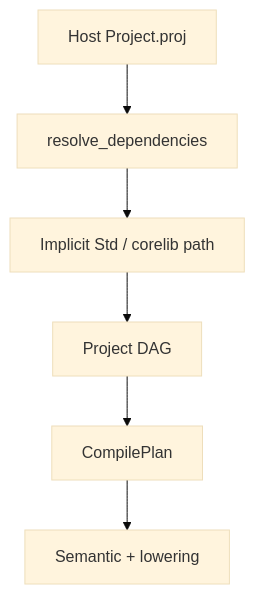
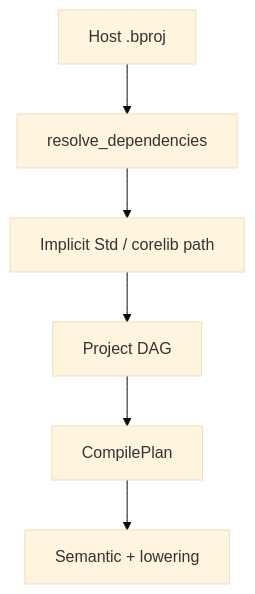
One commit to Cyber-Nomad-Collective/beskid changed the diagram in site/website/src/content/docs/platform-spec/core-library/compiler-integration/corelib-injection-and-resolution/design-model.mdx. Above: the diagram before and after it, drawn with Mermaid (base theme). The commit also changed other lines of this file and 30 other files, not shown here.

````diff
--- a/site/website/src/content/docs/platform-spec/core-library/compiler-integration/corelib-injection-and-resolution/design-model.mdx
+++ b/site/website/src/content/docs/platform-spec/core-library/compiler-integration/corelib-injection-and-resolution/design-model.mdx
@@ -35,13 +39,13 @@
 ```mermaid
 flowchart TB
-  Host[Host Project.proj]
+  Host[Host .bproj]
   Resolver[resolve_dependencies]
   Std[Implicit Std / corelib path]
   Graph[Project DAG]
   Plan[CompilePlan]
   Sem[Semantic + lowering]
   Host --> Resolver
   Resolver --> Std
   Std --> Graph
   Graph --> Plan --> Sem
 ```
````
